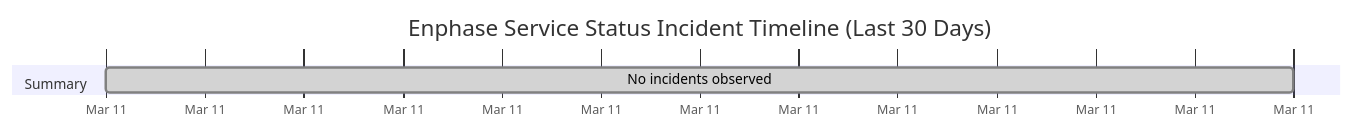
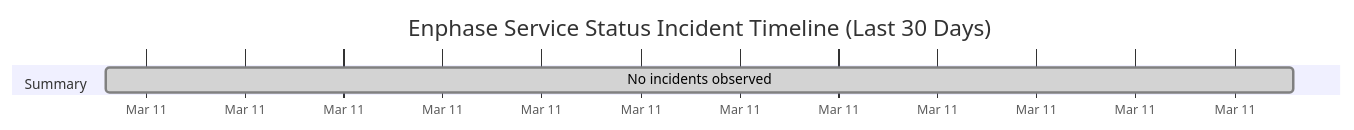
One commit to barneyonline/ha-enphase-ev-charger changed the diagram in wiki/Service-Status-History.md. Above: the diagram before and after it, drawn with Mermaid. The commit also changed other lines of this file and 3 other files, not shown here.

````diff
--- a/wiki/Service-Status-History.md
+++ b/wiki/Service-Status-History.md
@@ -14,8 +14,8 @@
 ```mermaid
 gantt
     title Enphase Service Status Incident Timeline (Last 30 Days)
     dateFormat  YYYY-MM-DDTHH:mm:ss
     axisFormat  %b %d
     section Summary
-    No incidents observed :done, 2026-03-11T20:24:55, 1m
+    No incidents observed :done, 2026-03-11T21:24:08, 1m
 ```
````
